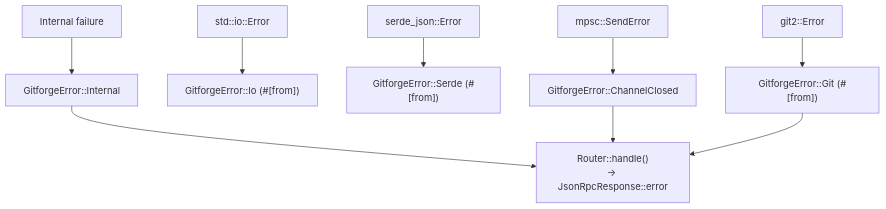
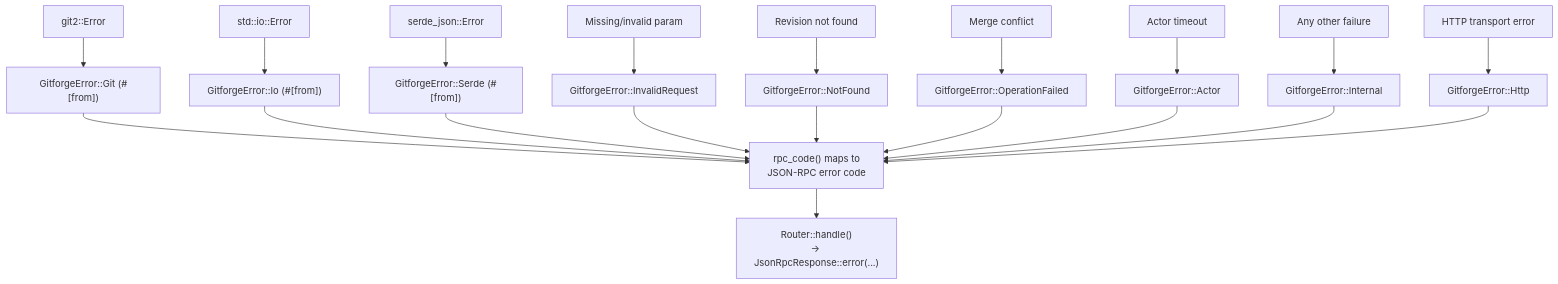
One commit to pritam12426/gitforge changed the eighth of 9 diagrams in DEV_IN_DEPTH.md. Above: the diagram before and after it, drawn with Mermaid. The commit also changed other lines of this file and 46 other files, not shown here.

First line of the commit message:
refactor: restructure to library crate, add HTTP transport and 4 git tools

````diff
--- a/DEV_IN_DEPTH.md
+++ b/DEV_IN_DEPTH.md
@@ -545,11 +896,24 @@
 ```mermaid
 flowchart TD
     A["git2::Error"] --> B["GitforgeError::Git (#[from])"]
     C["std::io::Error"] --> D["GitforgeError::Io (#[from])"]
     E["serde_json::Error"] --> F["GitforgeError::Serde (#[from])"]
-    G["mpsc::SendError"] --> H["GitforgeError::ChannelClosed"]
-    I["Internal failure"] --> J["GitforgeError::Internal"]
-    J --> K["Router::handle()<br/>→ JsonRpcResponse::error"]
-    H --> K
-    B --> K
+    G["Missing/invalid param"] --> H["GitforgeError::InvalidRequest"]
+    I["Revision not found"] --> J["GitforgeError::NotFound"]
+    K["Merge conflict"] --> L["GitforgeError::OperationFailed"]
+    M["Actor timeout"] --> N["GitforgeError::Actor"]
+    O["Any other failure"] --> P["GitforgeError::Internal"]
+    Q["HTTP transport error"] --> R["GitforgeError::Http"]
+
+    B --> S["rpc_code() maps to<br/>JSON-RPC error code"]
+    D --> S
+    F --> S
+    H --> S
+    J --> S
+    L --> S
+    N --> S
+    P --> S
+    R --> S
+
+    S --> T["Router::handle()<br/>→ JsonRpcResponse::error(...)"]
 ```
````
